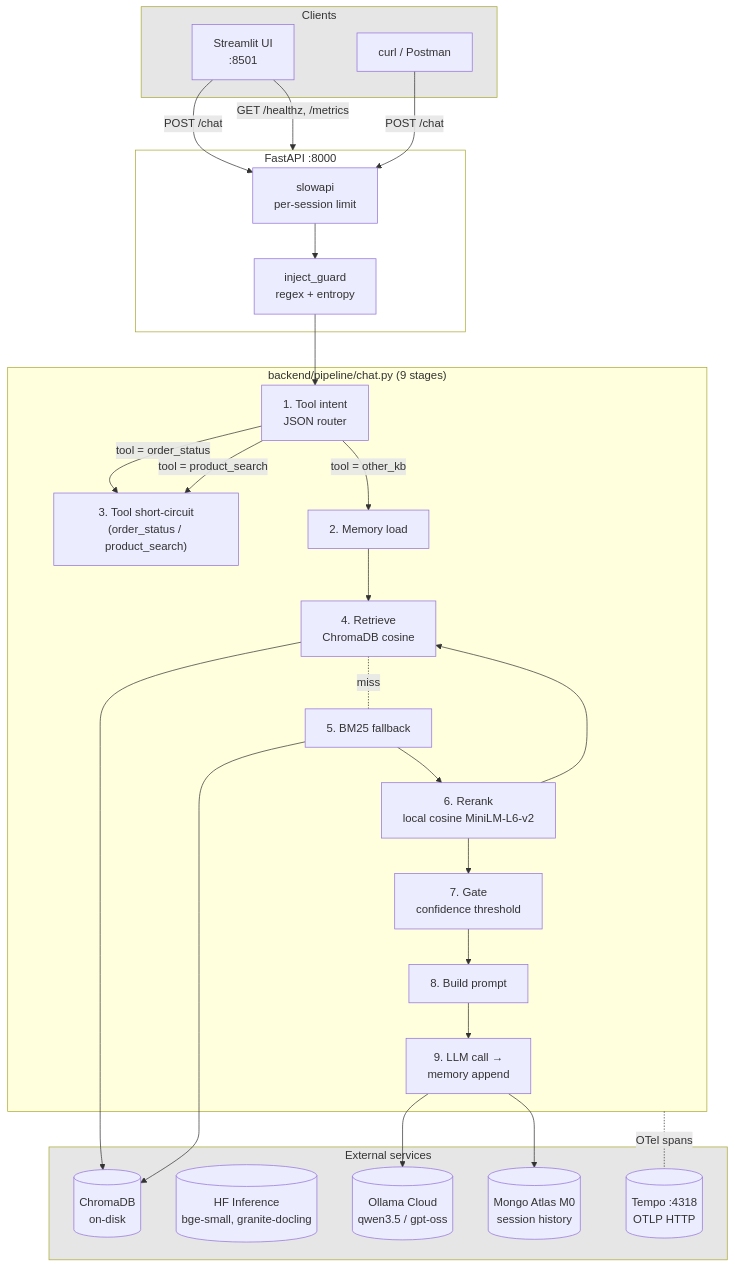
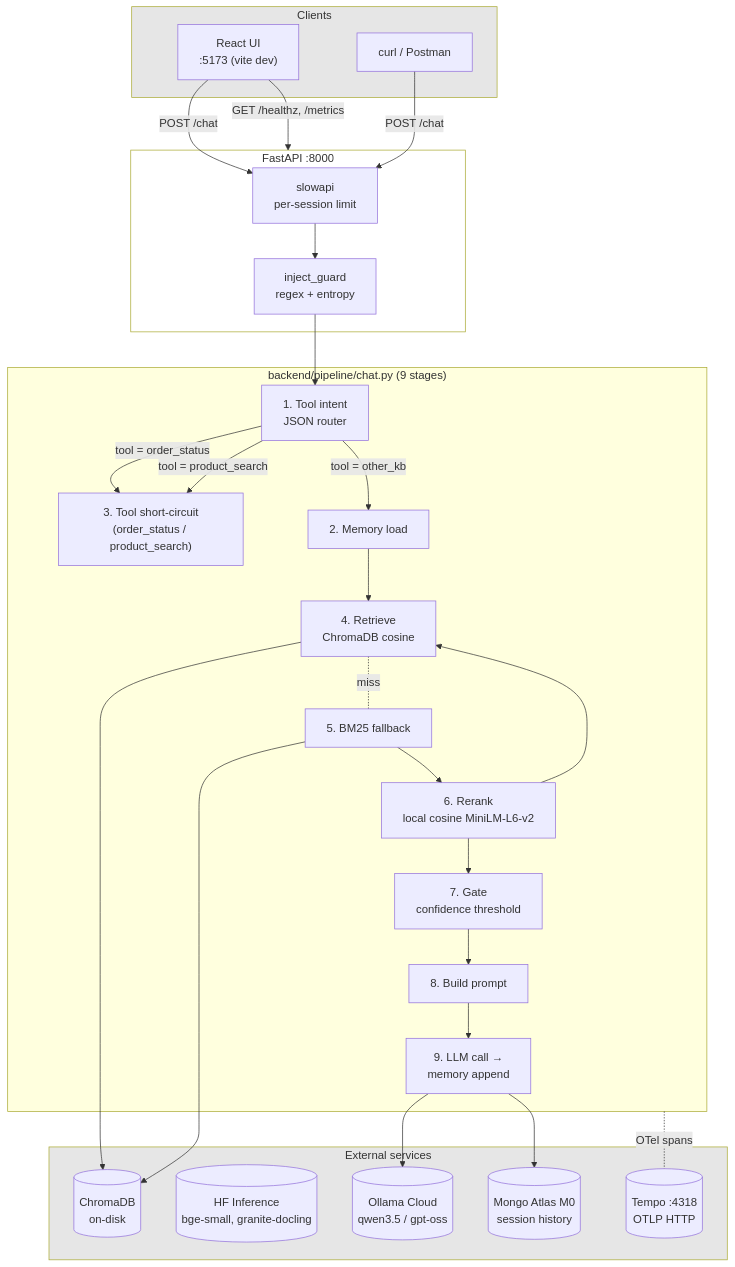
The first of 2 diagrams in README.md (MD-Junayed000/Mini-AI-Assistant), drawn with Mermaid before and after one commit. The commit also changed other lines of this file and 49 other files, not shown here.

Commit message:
change chromadb from local to trychroma for deployment.Streamlit to React.

````diff
--- a/README.md
+++ b/README.md
@@ -68,52 +66,52 @@
 ```mermaid
 
 flowchart TB
  subgraph Clients["Clients"]
-        U["Streamlit UI<br>:8501"]
+        U["React UI<br>:5173 (vite dev)"]
         CLI["curl / Postman"]
   end
  subgraph API["FastAPI  :8000"]
         L["slowapi<br>per-session limit"]
         G["inject_guard<br>regex + entropy"]
   end
  subgraph Pipeline["backend/pipeline/chat.py  (9 stages)"]
         S1["1. Tool intent<br>JSON router"]
         S2["2. Memory load"]
         S3["3. Tool short-circuit<br>(order_status / product_search)"]
         S4["4. Retrieve<br>ChromaDB cosine"]
         S5["5. BM25 fallback"]
         S6["6. Rerank<br>local cosine MiniLM-L6-v2"]
         S7["7. Gate<br>confidence threshold"]
         S8["8. Build prompt"]
         S9["9. LLM call →<br>memory append"]
   end
  subgraph External["External services"]
         OLL[("Ollama Cloud<br>qwen3.5 / gpt-oss")]
         HF[("HF Inference<br>bge-small, granite-docling")]
         CH[("ChromaDB<br>on-disk")]
         MG[("Mongo Atlas M0<br>session history")]
         TP[("Tempo :4318<br>OTLP HTTP")]
   end
     U -- POST /chat --> L
     CLI -- POST /chat --> L
     U -- GET /healthz, /metrics --> API
     L --> G
     G --> S1
     S1 -- "tool = order_status" --> S3
     S1 -- "tool = product_search" --> S3
     S1 -- "tool = other_kb" --> S2
     S2 --> S4
     S4 --> CH
     S4 -. miss .- S5
     S5 --> CH & S6
     S6 --> S4 & S7
     S7 --> S8
     S8 --> S9
     S9 --> OLL & MG
     Pipeline -. OTel spans .- TP
 
     style API fill:transparent
     style Clients fill:#e6e6e6
     style External fill:#e6e6e6
 
 ```
````
